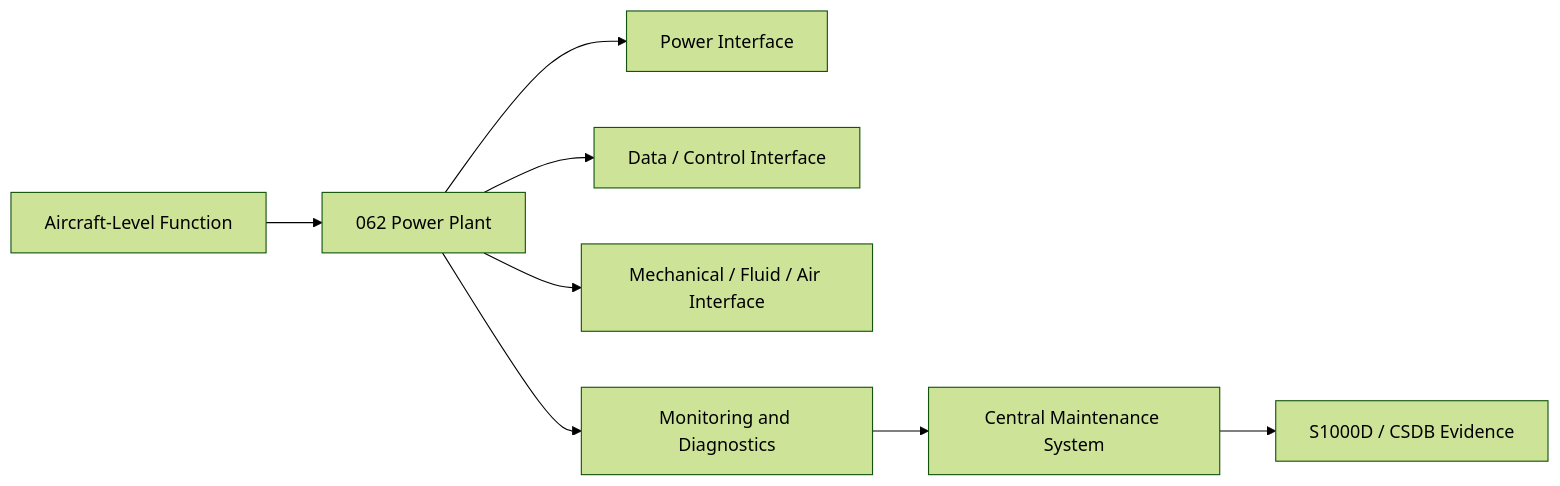
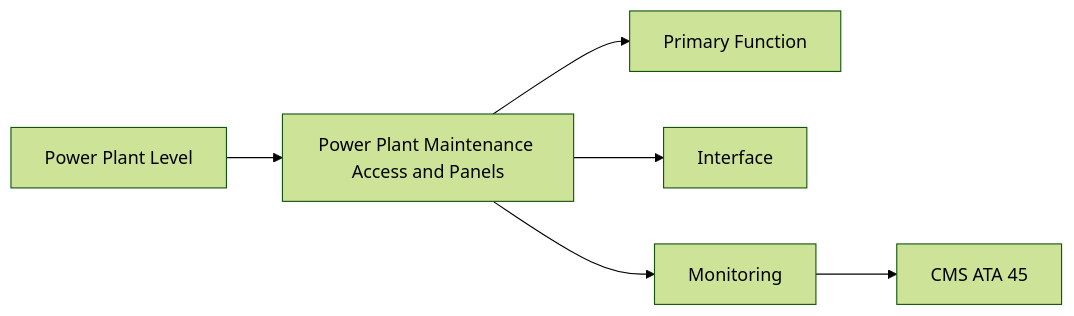
One commit to AmedeoPelliccia/Qplus-For-All-Queer-People-and-Quantum changed the first of 2 diagrams in Q+ATLANTIDE/000-099_ATLAS/060-069_Propulsion-Tradicional/062_Power-Plant/062-060-Power-Plant-Maintenance-Access-and-Panels.md. Above: the diagram before and after it, drawn with Mermaid (forest theme). The commit also changed other lines of this file and 74 other files, not shown here.

````diff
--- a/Q+ATLANTIDE/000-099_ATLAS/060-069_Propulsion-Tradicional/062_Power-Plant/062-060-Power-Plant-Maintenance-Access-and-Panels.md
+++ b/Q+ATLANTIDE/000-099_ATLAS/060-069_Propulsion-Tradicional/062_Power-Plant/062-060-Power-Plant-Maintenance-Access-and-Panels.md
@@ -153,10 +83,8 @@
 ```mermaid
 flowchart LR
-    A[Aircraft-Level Function] --> B[062 Power Plant]
-    B --> C[Power Interface]
-    B --> D[Data / Control Interface]
-    B --> E[Mechanical / Fluid / Air Interface]
-    B --> F[Monitoring and Diagnostics]
-    F --> G[Central Maintenance System]
-    G --> H[S1000D / CSDB Evidence]
+    A[Power Plant Level] --> B[Power Plant Maintenance Access and Panels]
+    B --> C[Primary Function]
+    B --> D[Interface]
+    B --> E[Monitoring]
+    E --> F[CMS ATA 45]
 ```
````
